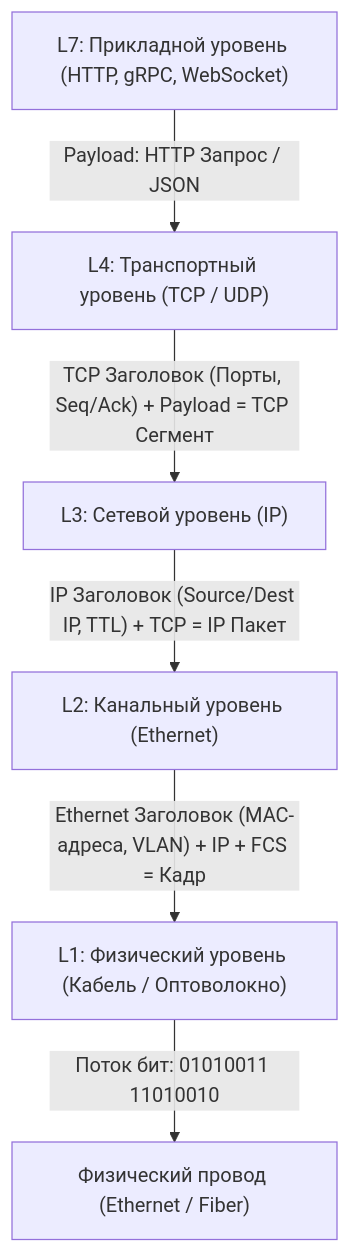
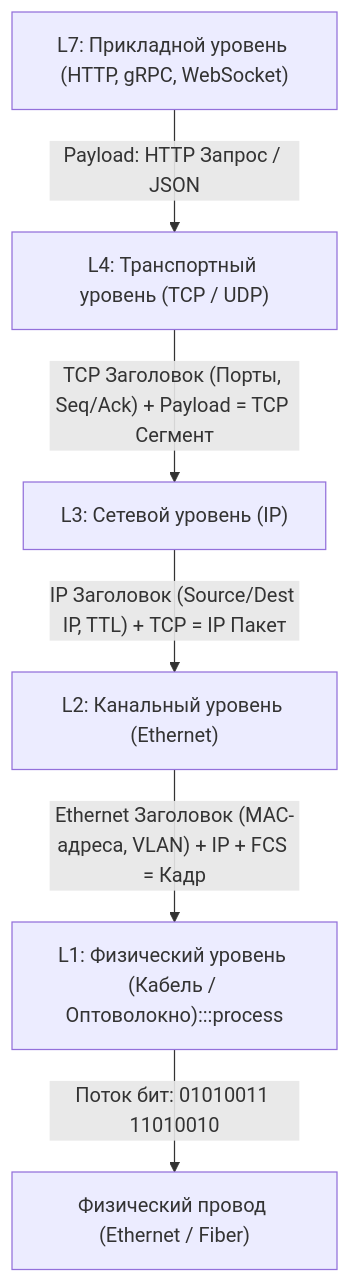
The second of 3 diagrams in sources/3. Компьютерные сети и сетевой стек/1. Обзор раздела. Как работают сети и зачем это Go бэкенд-разработчику.md (UnrealTemplier/go-textbook), drawn with Mermaid before and after one commit. The commit also changed other lines of this file and 1666 other files, not shown here.

First line of the commit message:
feat(mermaid): add semantic color classDef to 1369 colorless flowchart/graph diagrams

````diff
--- a/sources/3. Компьютерные сети и сетевой стек/1. Обзор раздела. Как работают сети и зачем это Go бэкенд-разработчику.md
+++ b/sources/3. Компьютерные сети и сетевой стек/1. Обзор раздела. Как работают сети и зачем это Go бэкенд-разработчику.md
@@ -60,8 +70,18 @@
 ```mermaid
 flowchart TD
+    classDef process  fill:#1e293b,stroke:#38bdf8,stroke-width:1px,color:#f8fafc
+    classDef success  fill:#064e3b,stroke:#34d399,stroke-width:1px,color:#f8fafc
+    classDef error    fill:#7f1d1d,stroke:#f87171,stroke-width:1px,color:#f8fafc
+    classDef warning  fill:#78350f,stroke:#fbbf24,stroke-width:1px,color:#f8fafc
+    classDef entry    fill:#1e3a5f,stroke:#38bdf8,stroke-width:2px,color:#f8fafc
+    classDef aux      fill:#334155,stroke:#64748b,stroke-width:1px,color:#f8fafc
+    classDef system   fill:#312e81,stroke:#a78bfa,stroke-width:1px,color:#f8fafc
+    classDef data     fill:#132d29,stroke:#2dd4bf,stroke-width:1px,color:#f8fafc
+    classDef network  fill:#881337,stroke:#fb7185,stroke-width:1px,color:#f8fafc
+    classDef accent   fill:#1e1b4b,stroke:#818cf8,stroke-width:1px,color:#f8fafc
     L7["L7: Прикладной уровень (HTTP, gRPC, WebSocket)"] -->|"Payload: HTTP Запрос / JSON"| L4
     L4["L4: Транспортный уровень (TCP / UDP)"] -->|"TCP Заголовок (Порты, Seq/Ack) + Payload = TCP Сегмент"| L3
     L3["L3: Сетевой уровень (IP)"] -->|"IP Заголовок (Source/Dest IP, TTL) + TCP = IP Пакет"| L2
     L2["L2: Канальный уровень (Ethernet)"] -->|"Ethernet Заголовок (MAC-адреса, VLAN) + IP + FCS = Кадр"| L1
-    L1["L1: Физический уровень (Кабель / Оптоволокно)"] -->|"Поток бит: 01010011 11010010"| Wire["Физический провод (Ethernet / Fiber)"]
+    L1["L1: Физический уровень (Кабель / Оптоволокно):::process"] -->|"Поток бит: 01010011 11010010"| Wire["Физический провод (Ethernet / Fiber)"]
 ```
````
